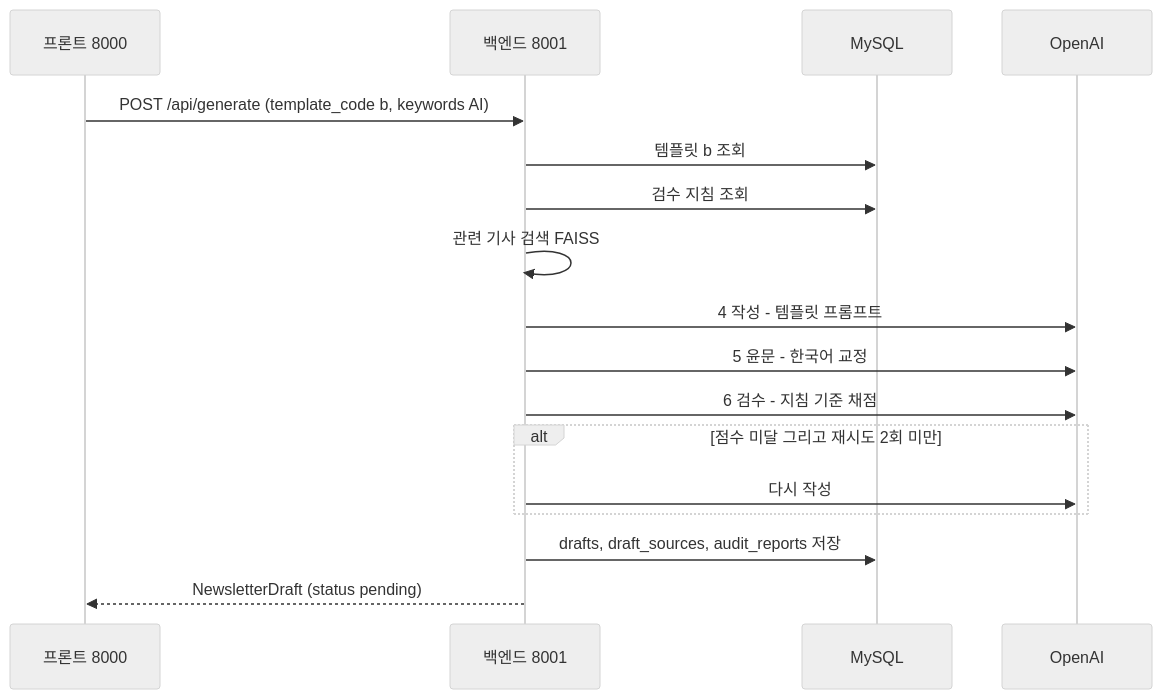
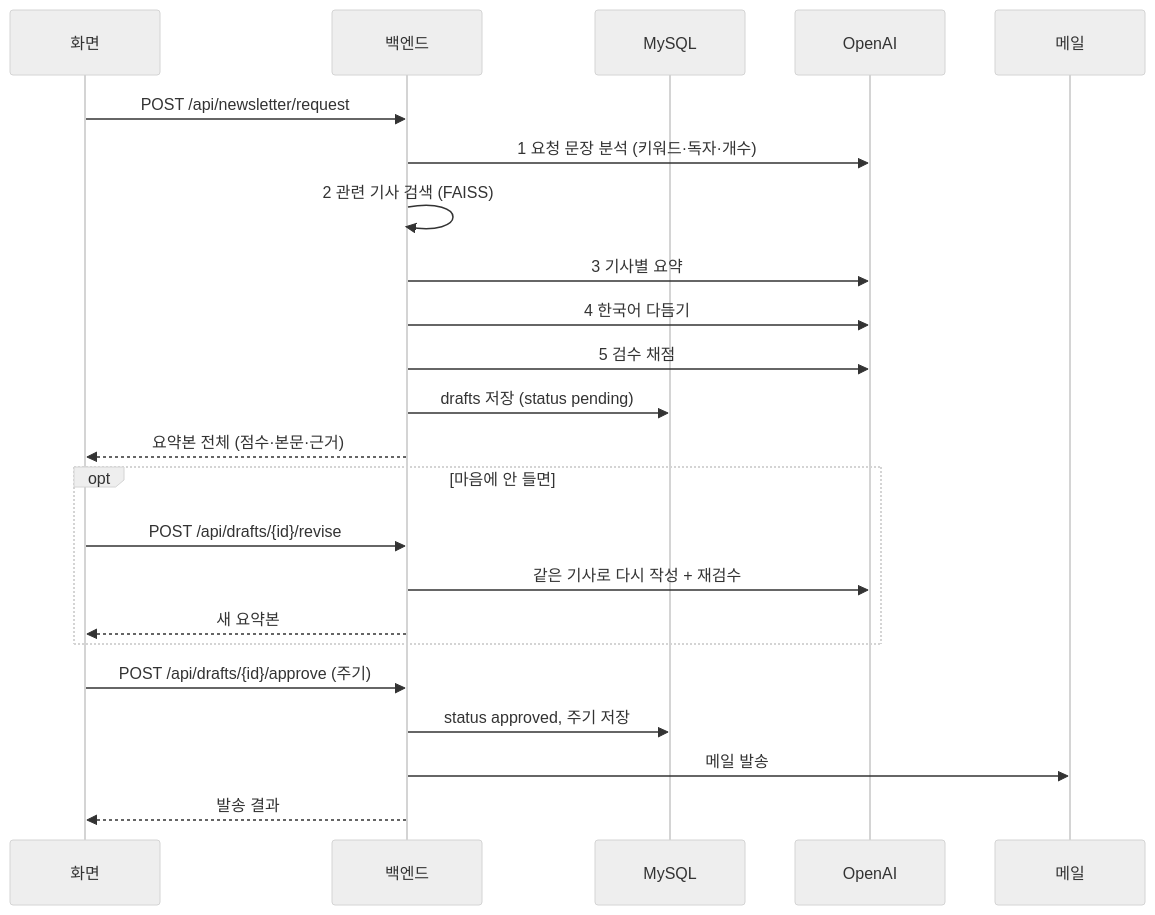
One commit to chois9105/mulcam changed the third of 5 diagrams in ARCHITECTURE.md. Above: the diagram before and after it, drawn with Mermaid (neutral theme). The commit also changed other lines of this file and 4 other files, not shown here.

````diff
--- a/ARCHITECTURE.md
+++ b/ARCHITECTURE.md
@@ -247,20 +255,28 @@
 ```mermaid
 sequenceDiagram
-    participant F as 프론트 8000
-    participant B as 백엔드 8001
+    participant F as 화면
+    participant B as 백엔드
     participant D as MySQL
     participant L as OpenAI
+    participant M as 메일
 
-    F->>B: POST /api/generate (template_code b, keywords AI)
-    B->>D: 템플릿 b 조회
-    B->>D: 검수 지침 조회
-    B->>B: 관련 기사 검색 FAISS
-    B->>L: 4 작성 - 템플릿 프롬프트
-    B->>L: 5 윤문 - 한국어 교정
-    B->>L: 6 검수 - 지침 기준 채점
-    alt 점수 미달 그리고 재시도 2회 미만
-        B->>L: 다시 작성
+    F->>B: POST /api/newsletter/request
+    B->>L: 1 요청 문장 분석 (키워드·독자·개수)
+    B->>B: 2 관련 기사 검색 (FAISS)
+    B->>L: 3 기사별 요약
+    B->>L: 4 한국어 다듬기
+    B->>L: 5 검수 채점
+    B->>D: drafts 저장 (status pending)
+    B-->>F: 요약본 전체 (점수·본문·근거)
+
+    opt 마음에 안 들면
+        F->>B: POST /api/drafts/{id}/revise
+        B->>L: 같은 기사로 다시 작성 + 재검수
+        B-->>F: 새 요약본
     end
-    B->>D: drafts, draft_sources, audit_reports 저장
-    B-->>F: NewsletterDraft (status pending)
+
+    F->>B: POST /api/drafts/{id}/approve (주기)
+    B->>D: status approved, 주기 저장
+    B->>M: 메일 발송
+    B-->>F: 발송 결과
 ```
````
